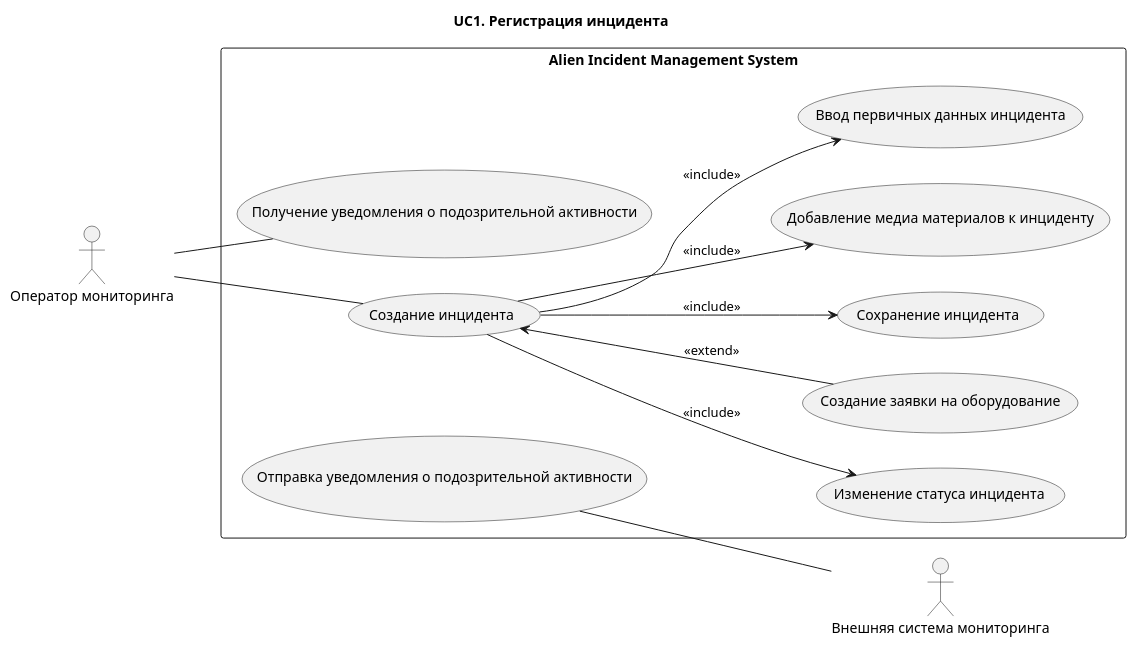
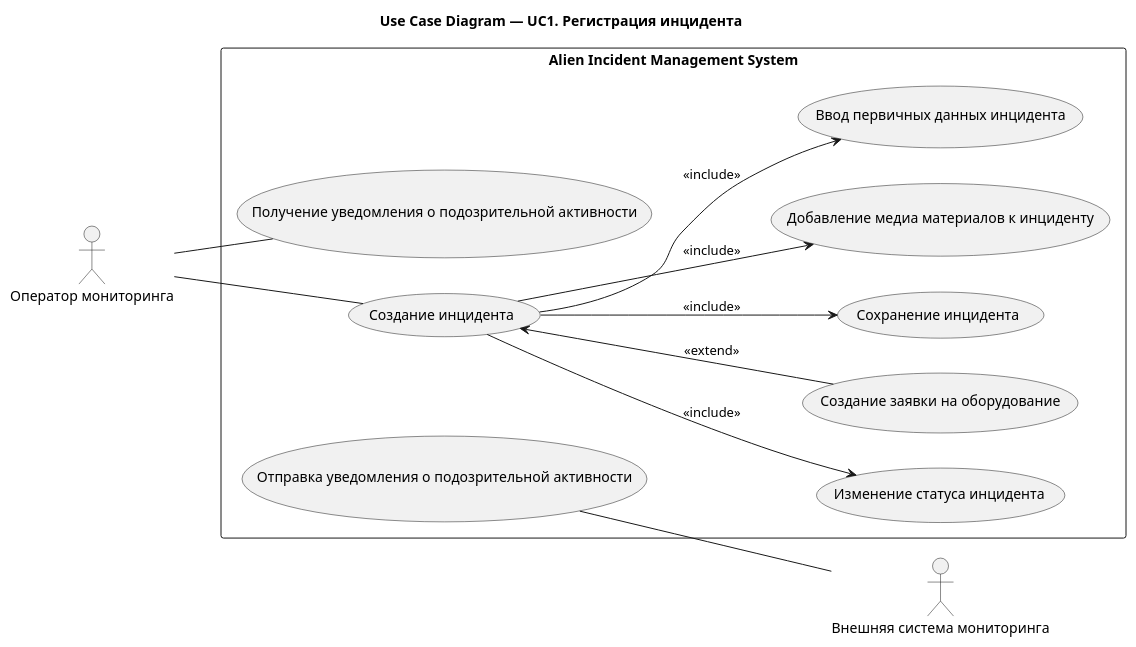
The first of 4 diagrams in docs/use-case/UC1.md (Andryss/AIMS), drawn with PlantUML before and after one commit. The commit also changed 31 other files, not shown here.

````diff
--- a/docs/use-case/UC1.md
+++ b/docs/use-case/UC1.md
@@ -5,36 +5,36 @@
 ```plantuml
 @startuml
-title UC1. Регистрация инцидента
+title Use Case Diagram — UC1. Регистрация инцидента
 left to right direction
 
 actor "Оператор мониторинга" as Operator
 actor "Внешняя система мониторинга" as ExternalMonitoring
 
 rectangle "Alien Incident Management System" {
 
 (Отправка уведомления о подозрительной активности) as UC01
 (Получение уведомления о подозрительной активности) as UC02
 
 (Создание инцидента) as UC11
 
 (Изменение статуса инцидента) as UC116
 (Создание заявки на оборудование) as UC115
 (Сохранение инцидента) as UC114
 (Добавление медиа материалов к инциденту) as UC112
 (Ввод первичных данных инцидента) as UC111
 
 }
 
 UC01 -- ExternalMonitoring
 Operator -- UC02
 
 Operator -- UC11
 
 UC11 --> UC111 : <<include>>
 UC11 --> UC112 : <<include>>
 UC11 --> UC114 : <<include>>
 UC11 <-- UC115 : <<extend>>
 UC11 --> UC116 : <<include>>
 
 @enduml
 ```
````
